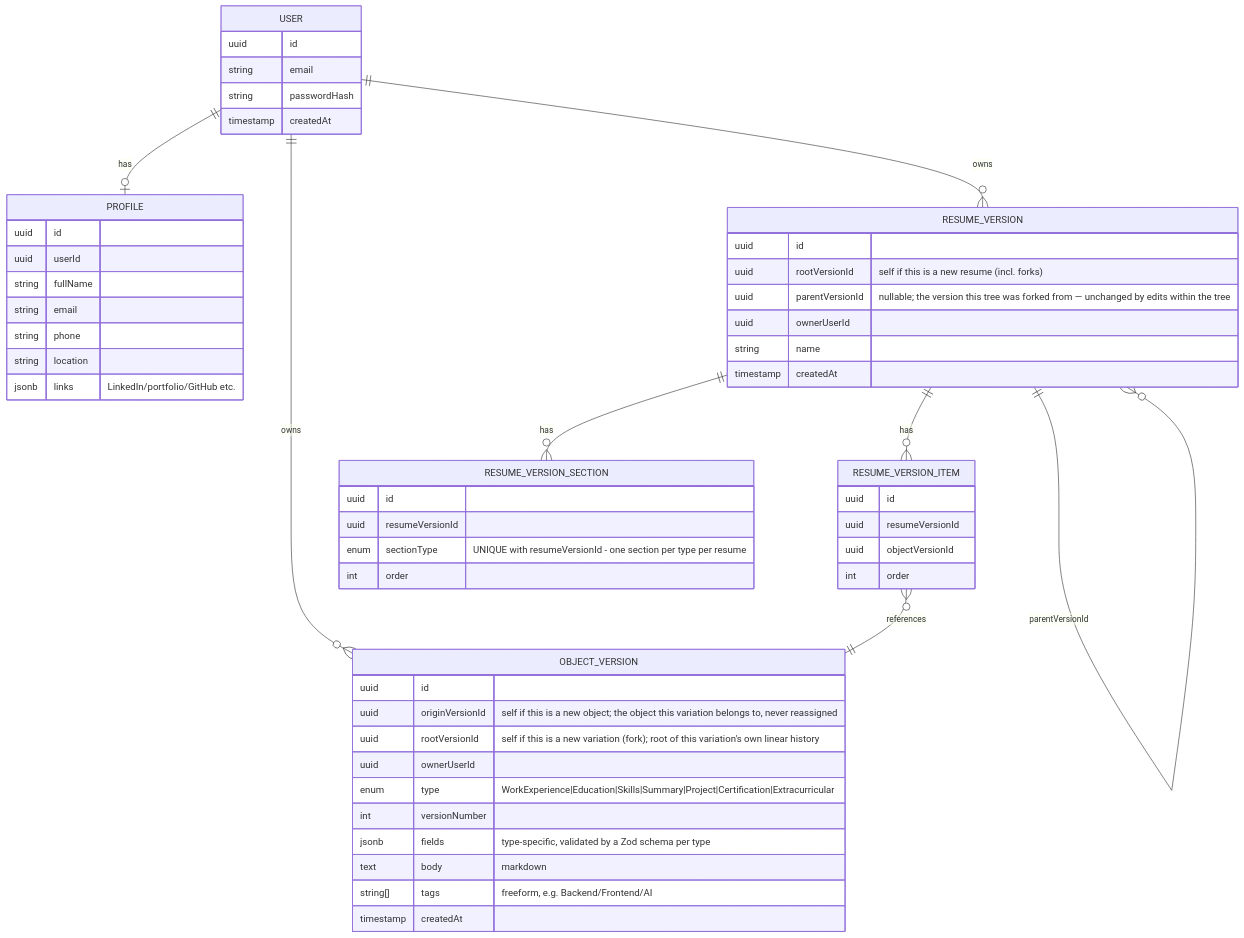
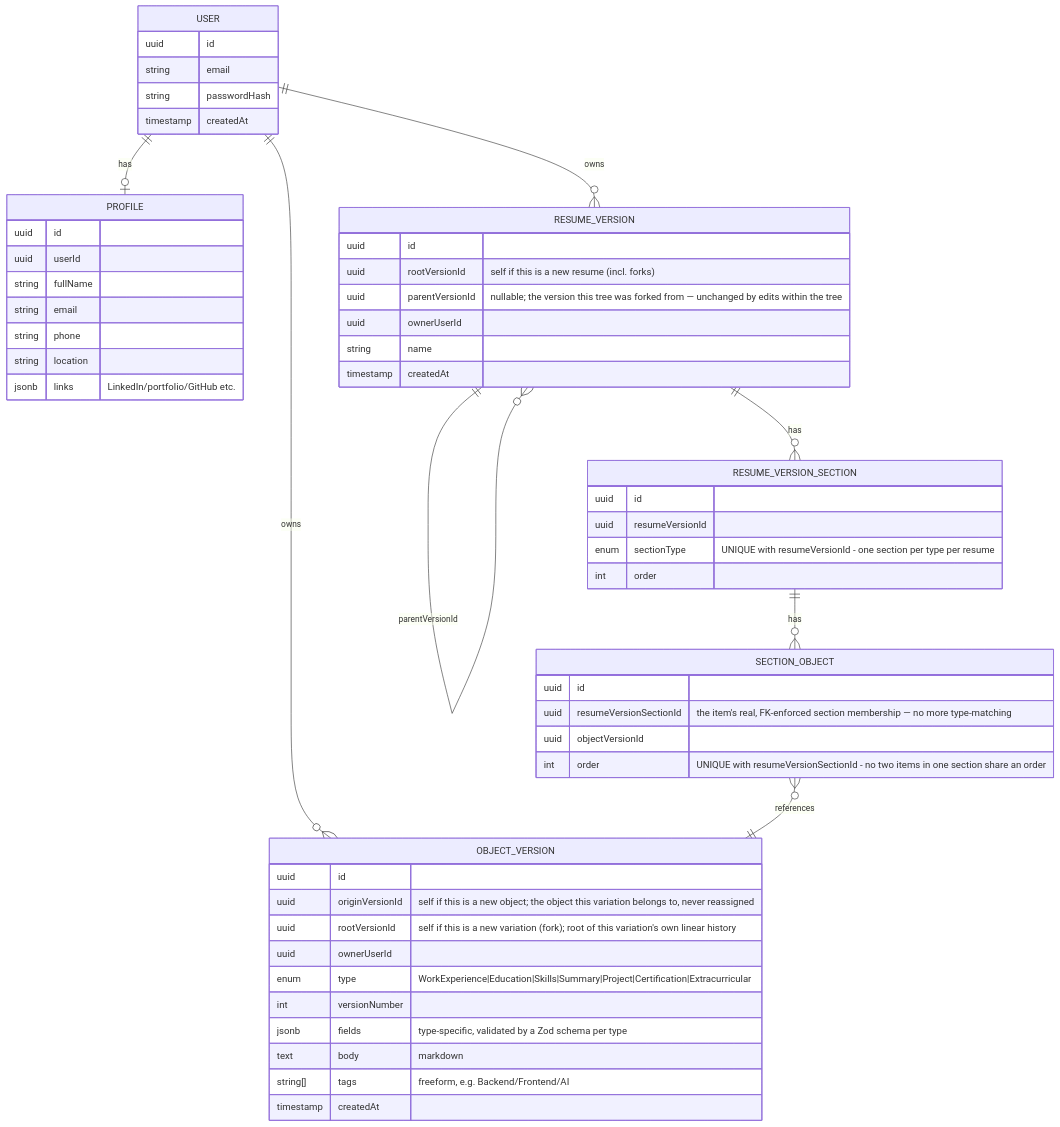
Before and after one commit to NiceKim/career-profile: the second of 5 diagrams in docs/superpowers/specs/2026-08-16-resume-version-control-design.md, drawn with Mermaid. The commit also changed other lines of this file and 2 other files, not shown here.

Commit message:
chore: plans doc updated and added. 1. Object Variations 2. Object sumbission on resume sumbission 3. fix Section object relation

````diff
--- a/docs/superpowers/specs/2026-08-16-resume-version-control-design.md
+++ b/docs/superpowers/specs/2026-08-16-resume-version-control-design.md
@@ -48,58 +48,58 @@
 ```mermaid
 erDiagram
     USER ||--o| PROFILE : has
     USER ||--o{ OBJECT_VERSION : owns
     USER ||--o{ RESUME_VERSION : owns
     RESUME_VERSION ||--o{ RESUME_VERSION_SECTION : has
-    RESUME_VERSION ||--o{ RESUME_VERSION_ITEM : has
-    RESUME_VERSION_ITEM }o--|| OBJECT_VERSION : references
+    RESUME_VERSION_SECTION ||--o{ SECTION_OBJECT : has
+    SECTION_OBJECT }o--|| OBJECT_VERSION : references
     RESUME_VERSION ||--o{ RESUME_VERSION : parentVersionId
 
     USER {
         uuid id
         string email
         string passwordHash
         timestamp createdAt
     }
     PROFILE {
         uuid id
         uuid userId
         string fullName
         string email
         string phone
         string location
         jsonb links "LinkedIn/portfolio/GitHub etc."
     }
     OBJECT_VERSION {
         uuid id
         uuid originVersionId "self if this is a new object; the object this variation belongs to, never reassigned"
         uuid rootVersionId "self if this is a new variation (fork); root of this variation's own linear history"
         uuid ownerUserId
         enum type "WorkExperience|Education|Skills|Summary|Project|Certification|Extracurricular"
         int versionNumber
         jsonb fields "type-specific, validated by a Zod schema per type"
         text body "markdown"
         string[] tags "freeform, e.g. Backend/Frontend/AI"
         timestamp createdAt
     }
     RESUME_VERSION {
         uuid id
         uuid rootVersionId "self if this is a new resume (incl. forks)"
         uuid parentVersionId "nullable; the version this tree was forked from — unchanged by edits within the tree"
         uuid ownerUserId
         string name
         timestamp createdAt
     }
     RESUME_VERSION_SECTION {
         uuid id
         uuid resumeVersionId
         enum sectionType "UNIQUE with resumeVersionId - one section per type per resume"
         int order
     }
-    RESUME_VERSION_ITEM {
+    SECTION_OBJECT {
         uuid id
-        uuid resumeVersionId
+        uuid resumeVersionSectionId "the item's real, FK-enforced section membership — no more type-matching"
         uuid objectVersionId
-        int order
+        int order "UNIQUE with resumeVersionSectionId - no two items in one section share an order"
     }
 ```
````
